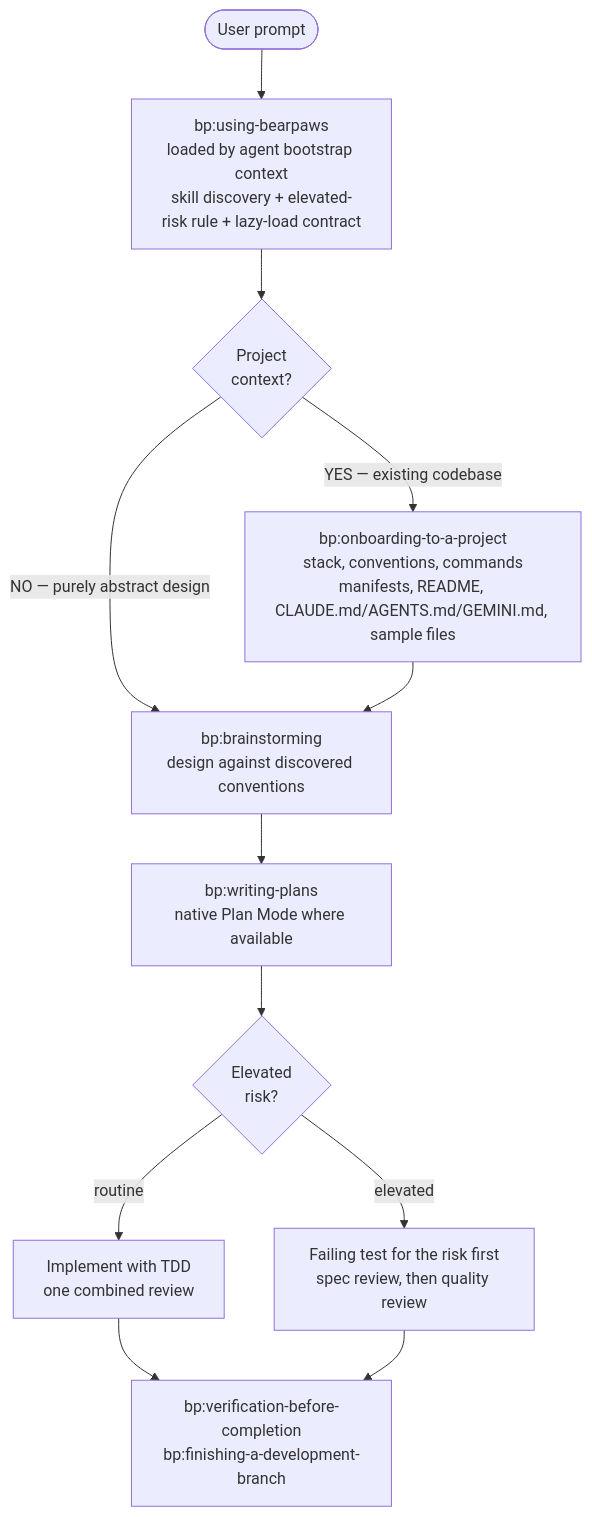
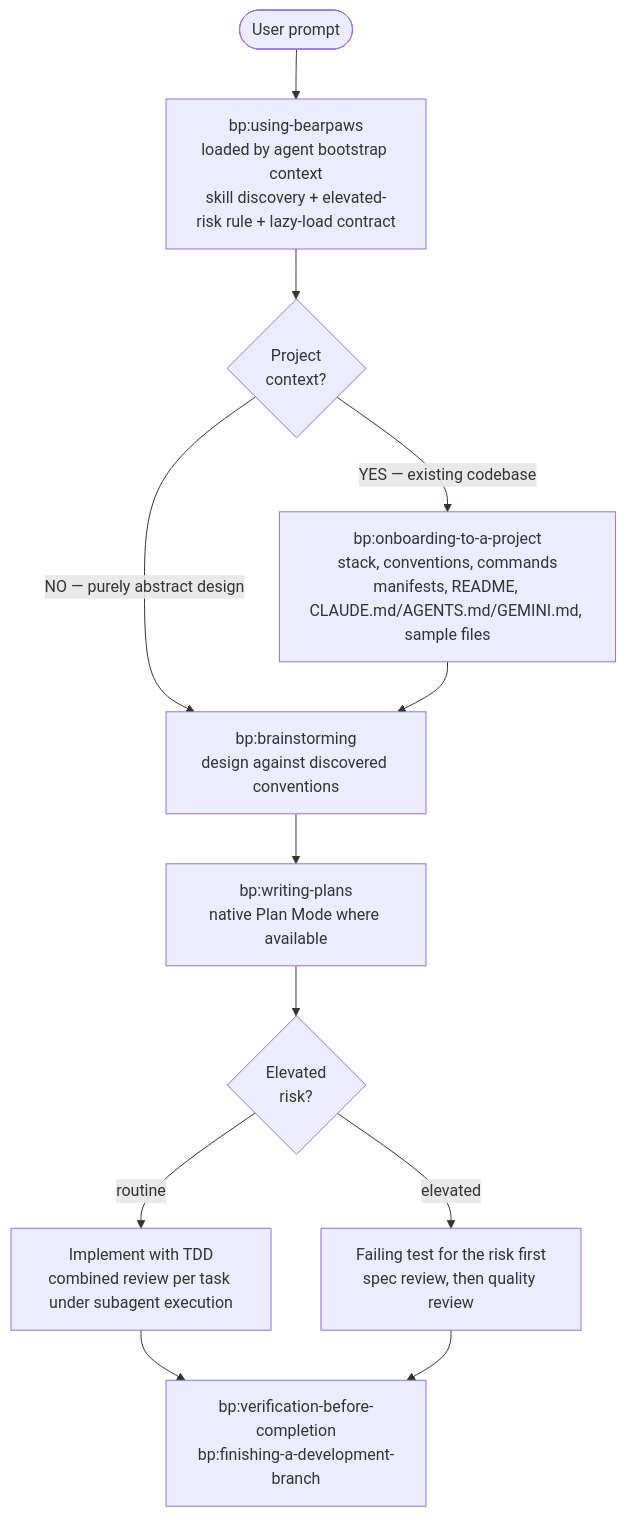
The diagram in README.md (brandonfla/bearpaws), drawn with Mermaid before and after one commit. The commit also changed other lines of this file, not shown here.

````diff
--- a/README.md
+++ b/README.md
@@ -45,14 +130,14 @@
 ```mermaid
 flowchart TD
     Start([User prompt]) --> Bootstrap[bp:using-bearpaws<br/>loaded by agent bootstrap context<br/>skill discovery + elevated-risk rule + lazy-load contract]
     Bootstrap --> Check{Project<br/>context?}
     Check -->|YES &mdash; existing codebase| Onboard[bp:onboarding-to-a-project<br/>stack, conventions, commands<br/>manifests, README, CLAUDE.md/AGENTS.md/GEMINI.md, sample files]
     Check -->|NO &mdash; purely abstract design| Brainstorm
     Onboard --> Brainstorm[bp:brainstorming<br/>design against discovered conventions]
     Brainstorm --> Plan[bp:writing-plans<br/>native Plan Mode where available]
     Plan --> Risk{Elevated<br/>risk?}
-    Risk -->|routine| Light[Implement with TDD<br/>one combined review]
+    Risk -->|routine| Light[Implement with TDD<br/>combined review per task under subagent execution]
     Risk -->|elevated| Strong[Failing test for the risk first<br/>spec review, then quality review]
     Light --> Verify[bp:verification-before-completion<br/>bp:finishing-a-development-branch]
     Strong --> Verify
 ```
````
